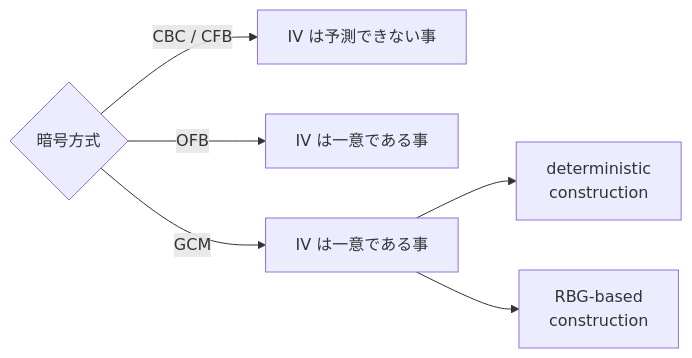
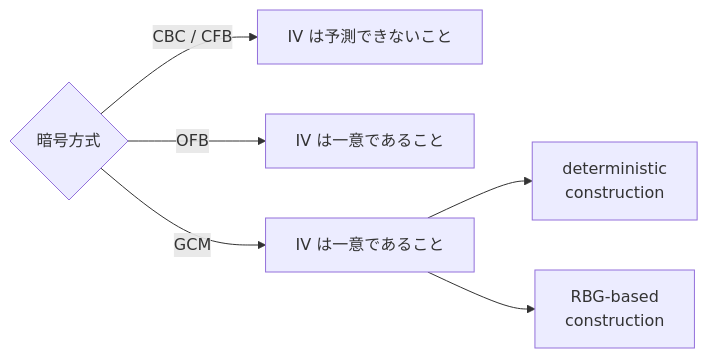
One commit to nao1215/debimate changed the seventh of 9 diagrams in content/notes/security/random-number/index.md. Above: the diagram before and after it, drawn with Mermaid. The commit also changed other lines of this file and 56 other files, not shown here.

````diff
--- a/content/notes/security/random-number/index.md
+++ b/content/notes/security/random-number/index.md
@@ -218,8 +218,8 @@
 ```mermaid
 flowchart LR
-    M{"暗号方式"} -->|"CBC / CFB"| U["IV は予測できない事"]
-    M -->|"OFB"| Q["IV は一意である事"]
-    M -->|"GCM"| N["IV は一意である事"]
+    M{"暗号方式"} -->|"CBC / CFB"| U["IV は予測できないこと"]
+    M -->|"OFB"| Q["IV は一意であること"]
+    M -->|"GCM"| N["IV は一意であること"]
     N --> D1["deterministic<br/>construction"]
     N --> R1["RBG-based<br/>construction"]
 ```
````
